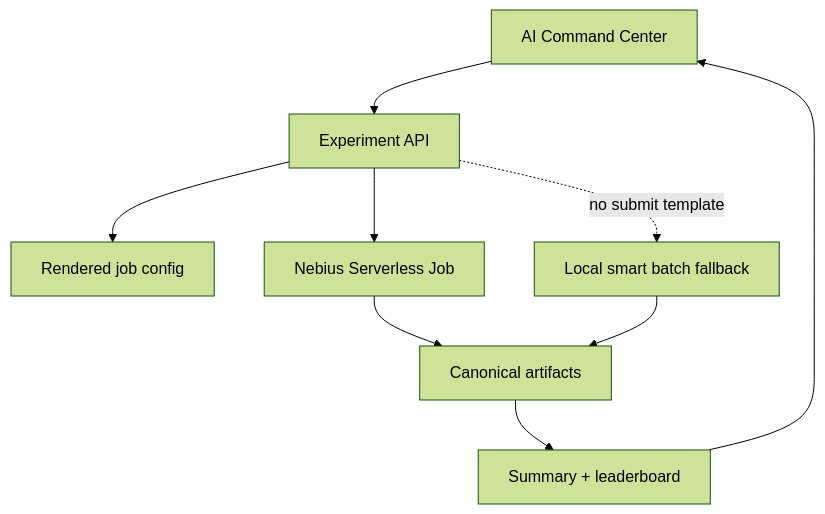
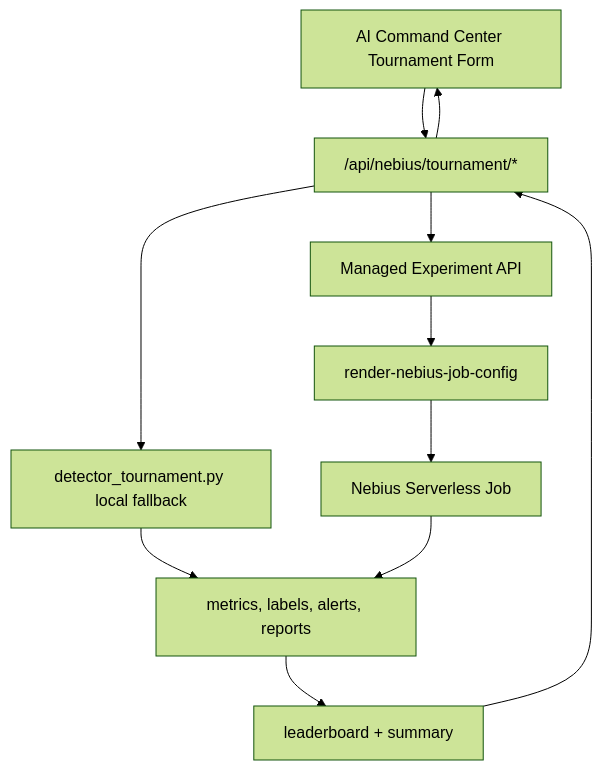
The diagram in docs/architecture/ARD-003-ai-detector-tournament.md (khab40/aimada), drawn with Mermaid (forest theme) before and after one commit. The commit also changed other lines of this file and 33 other files, not shown here.

Commit message:
feat(nebius): add AI serverless workflows

````diff
--- a/docs/architecture/ARD-003-ai-detector-tournament.md
+++ b/docs/architecture/ARD-003-ai-detector-tournament.md
@@ -26,19 +35,22 @@
 ```mermaid
 graph TD
-    UI["AI Command Center"]
-    API["Experiment API"]
-    Config["Rendered job config"]
-    Job["Nebius Serverless Job"]
-    Local["Local smart batch fallback"]
-    Artifacts["Canonical artifacts"]
-    Aggregate["Summary + leaderboard"]
+    UI["AI Command Center Tournament Form"]
+    Facade["/api/nebius/tournament/*"]
+    Exp["Managed Experiment API"]
+    Local["detector_tournament.py local fallback"]
+    JobConfig["render-nebius-job-config"]
+    NebiusJob["Nebius Serverless Job"]
+    Artifacts["metrics, labels, alerts, reports"]
+    Aggregate["leaderboard + summary"]
 
-    UI --> API
-    API --> Config
-    API --> Job
-    API -. no submit template .-> Local
-    Job --> Artifacts
+    UI --> Facade
+    Facade --> Exp
+    Facade --> Local
+    Exp --> JobConfig
+    JobConfig --> NebiusJob
     Local --> Artifacts
+    NebiusJob --> Artifacts
     Artifacts --> Aggregate
-    Aggregate --> UI
+    Aggregate --> Facade
+    Facade --> UI
 ```
````
